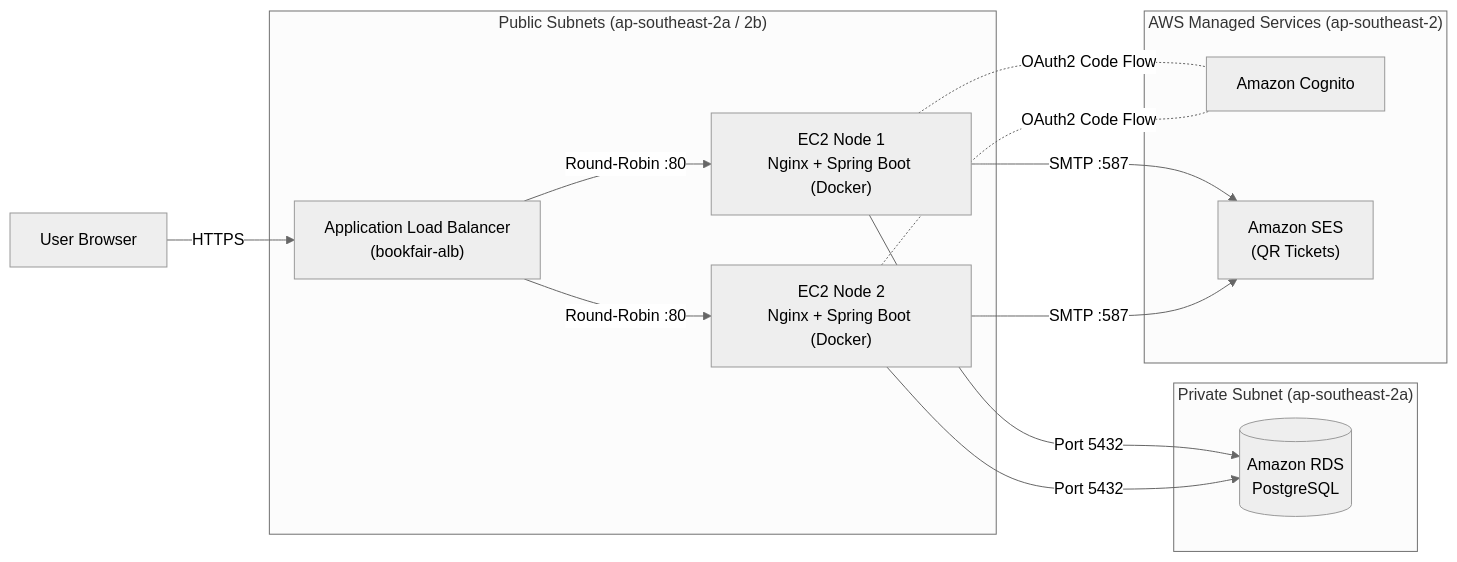
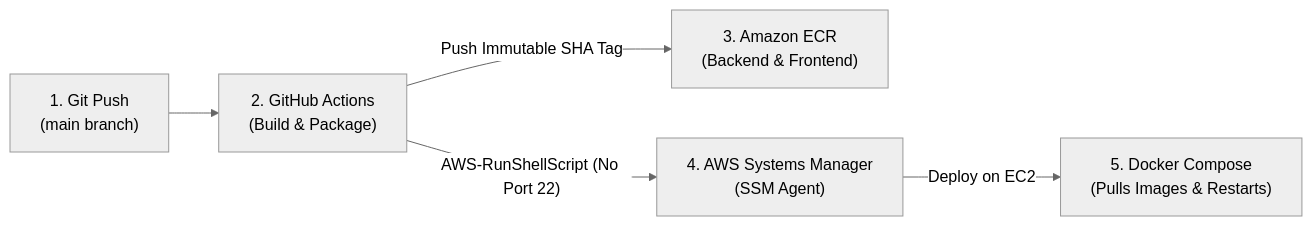
Before and after one commit to BGYKanishka/architecture_project: the third of 4 diagrams in README.md, drawn with Mermaid (neutral theme). The commit also changed other lines of this file and 14 other files, not shown here.

````diff
--- a/README.md
+++ b/README.md
@@ -55,18 +154,7 @@
 ```mermaid
 flowchart LR
-    Client["User Browser"] -->|HTTPS| ALB["Application Load Balancer\n(bookfair-alb)"]
-
-    subgraph PublicSubnets ["Public Subnets (ap-southeast-2a / 2b)"]
-        ALB -->|"Round-Robin :80"| EC2_1["EC2 Node 1\nNginx + Spring Boot (Docker)"]
-        ALB -->|"Round-Robin :80"| EC2_2["EC2 Node 2\nNginx + Spring Boot (Docker)"]
-    end
-
-    subgraph PrivateSubnet ["Private Subnet (ap-southeast-2a)"]
-        EC2_1 & EC2_2 -->|Port 5432| RDS[("Amazon RDS\nPostgreSQL")]
-    end
-
-    subgraph ManagedServices ["AWS Managed Services (ap-southeast-2)"]
-        EC2_1 & EC2_2 -.-|"OAuth2 Code Flow"| Cognito["Amazon Cognito"]
-        EC2_1 & EC2_2 -->|"SMTP :587"| SES["Amazon SES\n(QR Tickets)"]
-    end
+    Push["1. Git Push\n(main branch)"] --> GHA["2. GitHub Actions\n(Build & Package)"]
+    GHA -->|"Push Immutable SHA Tag"| ECR["3. Amazon ECR\n(Backend & Frontend)"]
+    GHA -->|"AWS-RunShellScript (No Port 22)"| SSM["4. AWS Systems Manager\n(SSM Agent)"]
+    SSM -->|"Deploy on EC2"| EC2["5. Docker Compose\n(Pulls Images & Restarts)"]
 ```
````
